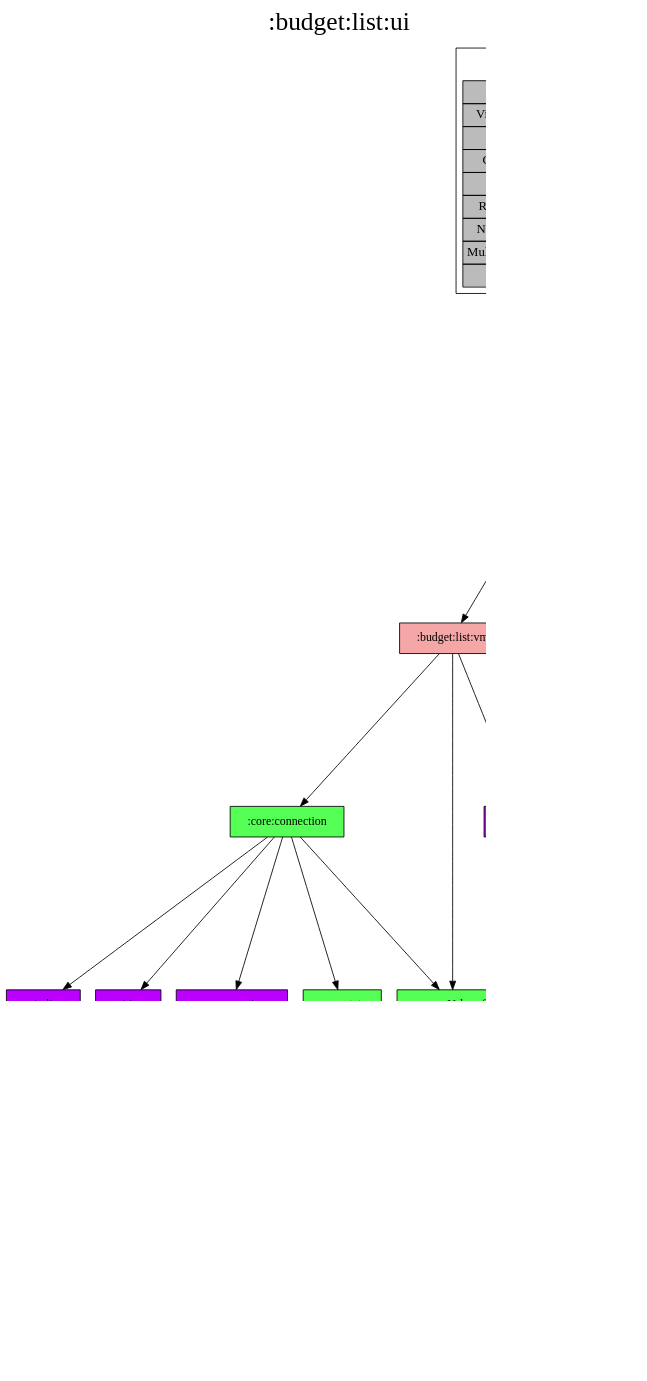
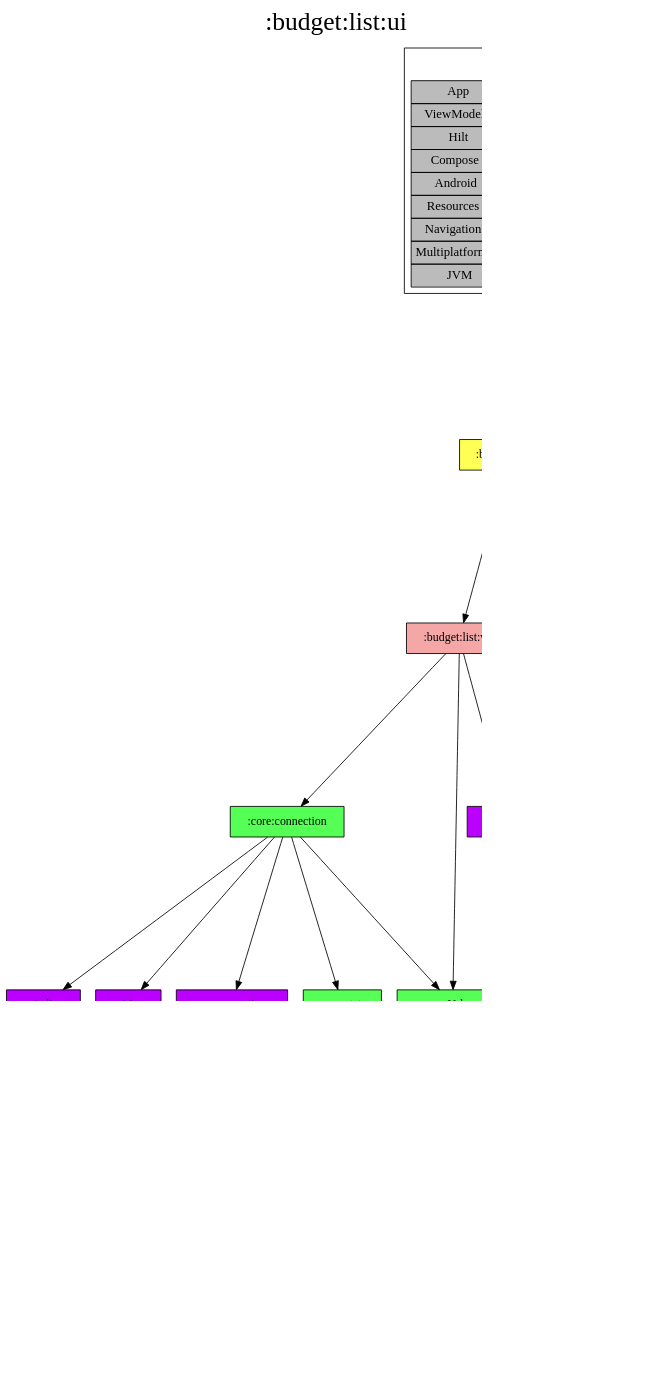
Before and after one commit to jonapoul/aktual: the diagram in modules/budget/list/ui/project-dependency-graph.dot, drawn with Graphviz. The commit also changed 21 other files, not shown here.

Commit message:
Merge icons into core:ui

```diff
--- a/modules/budget/list/ui/project-dependency-graph.dot
+++ b/modules/budget/list/ui/project-dependency-graph.dot
@@ -1,59 +1,56 @@
 digraph {
 edge ["dir"="forward"]
 graph ["dpi"="100","label"=":budget:list:ui","labelloc"="t","fontsize"="30","ranksep"="2.5","rankdir"="TB"]
 node ["style"="filled"]
 ":budget:list:ui" ["fillcolor"="#FFFF55","shape"="box"]
 ":budget:list:vm" ["fillcolor"="#F5A6A6","shape"="box"]
 ":core:connection" ["fillcolor"="#55FF55","shape"="box"]
 ":api:client" ["fillcolor"="#BB00FF","shape"="box"]
 ":api:model" ["fillcolor"="#BB00FF","shape"="box"]
 ":core:model" ["fillcolor"="#BB00FF","shape"="box"]
 ":api:json" ["fillcolor"="#BB00FF","shape"="box"]
 ":core:coroutines" ["fillcolor"="#BB00FF","shape"="box"]
 ":core:state" ["fillcolor"="#55FF55","shape"="box"]
 ":serverUrl:prefs" ["fillcolor"="#55FF55","shape"="box"]
 ":login:prefs" ["fillcolor"="#BB00FF","shape"="box"]
-":core:icons" ["fillcolor"="#FFFF55","shape"="box"]
 ":core:ui" ["fillcolor"="#FFFF55","shape"="box"]
 ":core:res" ["fillcolor"="#00FFFF","shape"="box"]
 {
 edge ["dir"="none"]
 graph ["rank"="same"]
 }
 ":budget:list:ui" -> ":budget:list:vm"
-":budget:list:ui" -> ":core:icons"
 ":budget:list:ui" -> ":core:ui"
 ":budget:list:vm" -> ":core:connection"
 ":budget:list:vm" -> ":login:prefs"
 ":budget:list:vm" -> ":serverUrl:prefs"
 ":core:connection" -> ":api:client"
 ":core:connection" -> ":api:json"
 ":core:connection" -> ":core:coroutines"
 ":core:connection" -> ":core:state"
 ":core:connection" -> ":serverUrl:prefs"
 ":api:client" -> ":api:model"
 ":api:model" -> ":core:model"
 ":core:state" -> ":core:model"
 ":serverUrl:prefs" -> ":core:model"
 ":login:prefs" -> ":core:model"
-":core:icons" -> ":core:ui"
 ":core:ui" -> ":core:model"
 ":core:ui" -> ":core:res"
 subgraph "cluster_legend" {
 edge ["dir"="none"]
 graph ["label"="Legend","fontsize"="20"]
 "Legend" ["style"="filled","fillcolor"="#bbbbbb","shape"="none","margin"="0","fontsize"="15","label"=<
 <TABLE BORDER="0" CELLBORDER="1" CELLSPACING="0" CELLPADDING="4">
 <TR><TD>App</TD><TD BGCOLOR="#FF5555">module-name</TD></TR>
 <TR><TD>ViewModel</TD><TD BGCOLOR="#F5A6A6">module-name</TD></TR>
 <TR><TD>Hilt</TD><TD BGCOLOR="#FCB103">module-name</TD></TR>
 <TR><TD>Compose</TD><TD BGCOLOR="#FFFF55">module-name</TD></TR>
 <TR><TD>Android</TD><TD BGCOLOR="#55FF55">module-name</TD></TR>
 <TR><TD>Resources</TD><TD BGCOLOR="#00FFFF">module-name</TD></TR>
 <TR><TD>Navigation</TD><TD BGCOLOR="#5555FF">module-name</TD></TR>
 <TR><TD>Multiplatform</TD><TD BGCOLOR="#9D8DF1">module-name</TD></TR>
 <TR><TD>JVM</TD><TD BGCOLOR="#BB00FF">module-name</TD></TR>
 </TABLE>
 >]
 } -> ":budget:list:ui" ["style"="invis"]
 }
```
